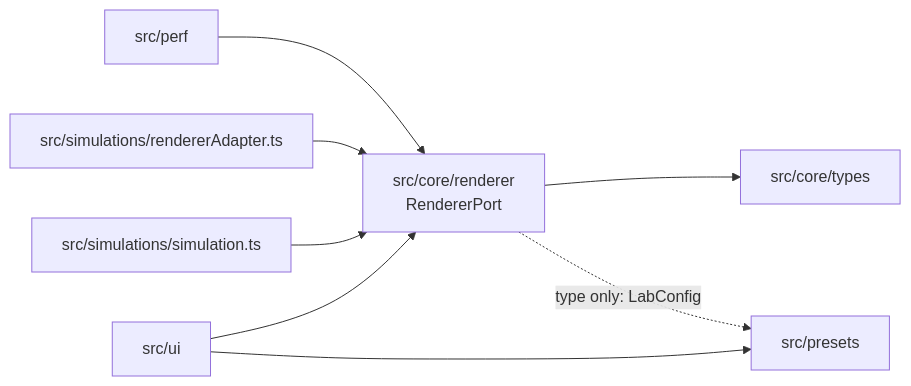
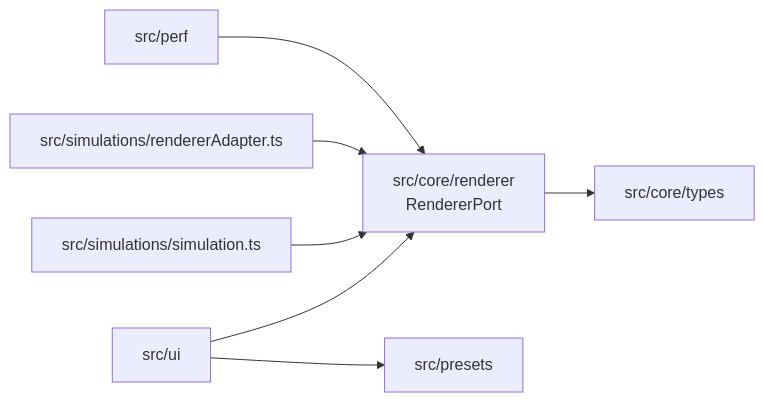
One commit to DangTAnh/SE2026.11.1.3D-WEB-05 changed the diagram in docs/architecture.md. Above: the diagram before and after it, drawn with Mermaid. The commit also changed other lines of this file, not shown here.

First line of the commit message:
docs(architecture): retire D-06 and align the architecture docs (#118)

````diff
--- a/docs/architecture.md
+++ b/docs/architecture.md
@@ -59,10 +60,9 @@
 ```mermaid
 flowchart LR
   UI["src/ui"] --> PORT["src/core/renderer<br/>RendererPort"]
   UI --> PRESET["src/presets"]
   PORT --> TYPES["src/core/types"]
-  PORT -. "type only: LabConfig" .-> PRESET
   SIM["src/simulations/simulation.ts"] --> PORT
   RND["src/simulations/rendererAdapter.ts"] --> PORT
   PERF["src/perf"] --> PORT
 ```
````
